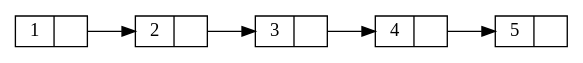
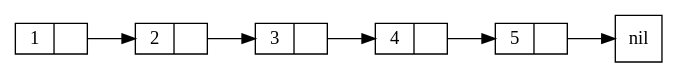
The diagram in 1-Lista-simplemente-enlazada/Reportes/lista_simple.dot (Josue013/data-structures-golang), drawn with Graphviz before and after one commit. The commit also changed 5 other files, not shown here.

```diff
--- a/1-Lista-simplemente-enlazada/Reportes/lista_simple.dot
+++ b/1-Lista-simplemente-enlazada/Reportes/lista_simple.dot
@@ -1,13 +1,15 @@
 digraph G{
 	rankdir=LR;
 	node [shape = record, height = 0.1]
 node0 [label = "{<f0>1|<f1>}"];
 node1 [label = "{<f0>2|<f1>}"];
 node2 [label = "{<f0>3|<f1>}"];
 node3 [label = "{<f0>4|<f1>}"];
 node4 [label = "{<f0>5|<f1>}"];
 node0:f1 -> node1:f0;
 node1:f1 -> node2:f0;
 node2:f1 -> node3:f0;
 node3:f1 -> node4:f0;
+nil_final [label = "nil", shape = square];
+node4 -> nil_final;
 }
```
